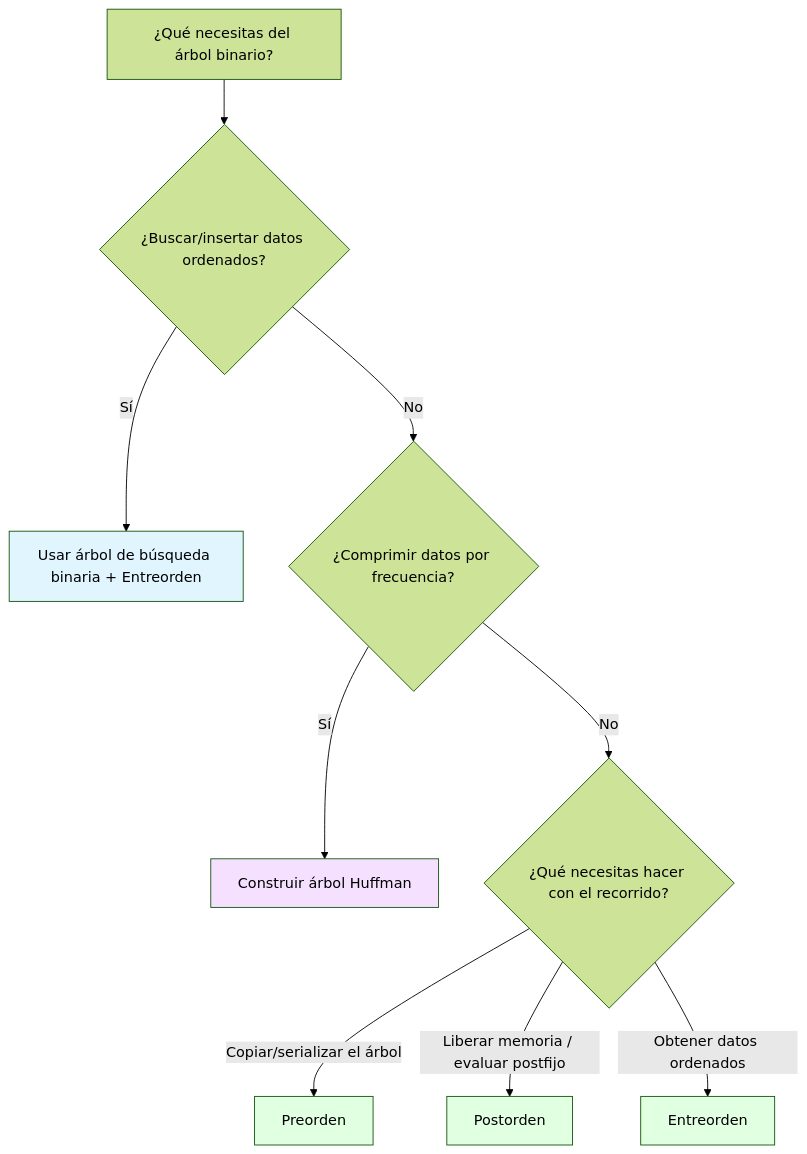
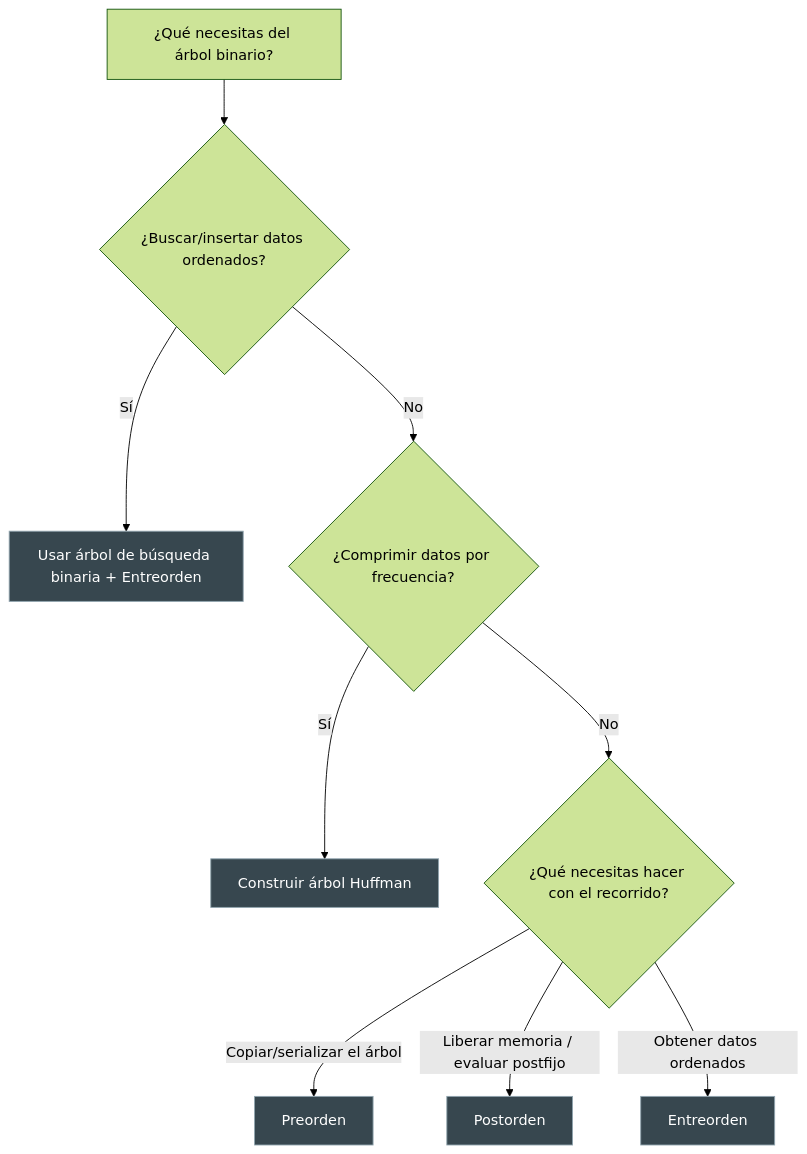
Before and after one commit to Fsteven22/Notas-ESPOL: the second of 2 diagrams in src/site/notes/Universidad/3er Semestre/Matemáticas Discretas/Unidad 5 - Grafos y Árboles/05 - Árboles II - Árboles Binarios, Recorridos y Códigos Huffman.md, drawn with Mermaid (forest theme). The commit also changed other lines of this file and 79 other files, not shown here.

````diff
--- a/src/site/notes/Universidad/3er Semestre/Matemáticas Discretas/Unidad 5 - Grafos y Árboles/05 - Árboles II - Árboles Binarios, Recorridos y Códigos Huffman.md
+++ b/src/site/notes/Universidad/3er Semestre/Matemáticas Discretas/Unidad 5 - Grafos y Árboles/05 - Árboles II - Árboles Binarios, Recorridos y Códigos Huffman.md
@@ -218,17 +231,17 @@
 ```mermaid
 graph TD
     Start["¿Qué necesitas del árbol binario?"] --> Q1{"¿Buscar/insertar datos ordenados?"}
     Q1 -->|Sí| BST["Usar árbol de búsqueda binaria + Entreorden"]
     Q1 -->|No| Q2{"¿Comprimir datos por frecuencia?"}
     Q2 -->|Sí| Huffman["Construir árbol Huffman"]
     Q2 -->|No| Q3{"¿Qué necesitas hacer con el recorrido?"}
     Q3 -->|Copiar/serializar el árbol| Pre["Preorden"]
     Q3 -->|Liberar memoria / evaluar postfijo| Post["Postorden"]
     Q3 -->|Obtener datos ordenados| In["Entreorden"]
 
-    style BST fill:#e1f5ff
-    style Huffman fill:#f5e1ff
-    style Pre fill:#e1ffe1
-    style In fill:#e1ffe1
-    style Post fill:#e1ffe1
+    style BST fill:#37474F,color:#FFFFFF,stroke:#90A4AE,stroke-width:1px
+    style Huffman fill:#37474F,color:#FFFFFF,stroke:#90A4AE,stroke-width:1px
+    style Pre fill:#37474F,color:#FFFFFF,stroke:#90A4AE,stroke-width:1px
+    style In fill:#37474F,color:#FFFFFF,stroke:#90A4AE,stroke-width:1px
+    style Post fill:#37474F,color:#FFFFFF,stroke:#90A4AE,stroke-width:1px
 ```
````
